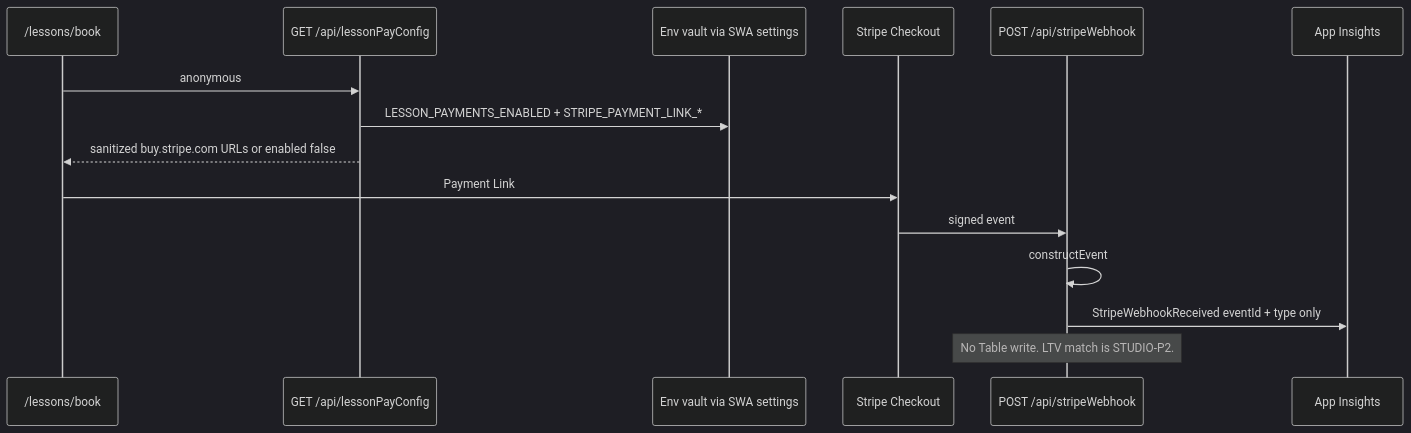
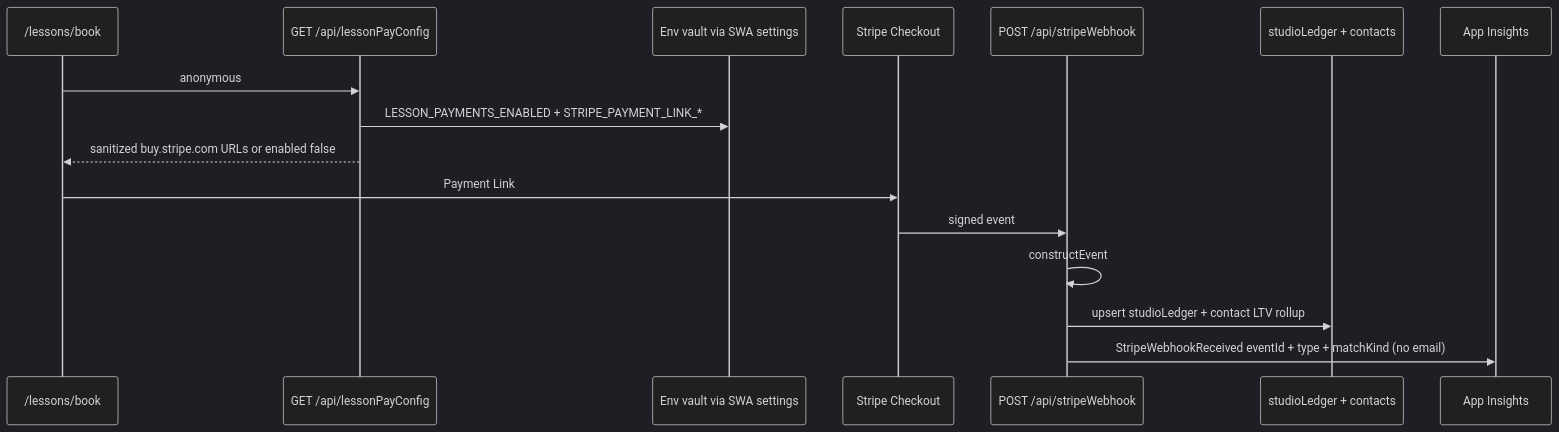
Before and after one commit to jefftindall/broadway-portfolio: the sixth of 7 diagrams in docs/architecture/data-persistence.md, drawn with Mermaid (dark theme). The commit also changed other lines of this file and 39 other files, not shown here.

First line of the commit message:
STUDIO-P2: Match Stripe LTV, log offline money, and show career value (#115)

````diff
--- a/docs/architecture/data-persistence.md
+++ b/docs/architecture/data-persistence.md
@@ -388,18 +426,19 @@
 ```mermaid
 sequenceDiagram
   participant Book as /lessons/book
   participant API as GET /api/lessonPayConfig
   participant KV as Env vault via SWA settings
   participant Stripe as Stripe Checkout
   participant Hook as POST /api/stripeWebhook
+  participant Tables as studioLedger + contacts
   participant AI as App Insights
 
   Book->>API: anonymous
   API->>KV: LESSON_PAYMENTS_ENABLED + STRIPE_PAYMENT_LINK_*
   API-->>Book: sanitized buy.stripe.com URLs or enabled false
   Book->>Stripe: Payment Link
   Stripe->>Hook: signed event
   Hook->>Hook: constructEvent
-  Hook->>AI: StripeWebhookReceived eventId + type only
-  Note over Hook: No Table write. LTV match is STUDIO-P2.
+  Hook->>Tables: upsert studioLedger + contact LTV rollup
+  Hook->>AI: StripeWebhookReceived eventId + type + matchKind (no email)
 ```
````
